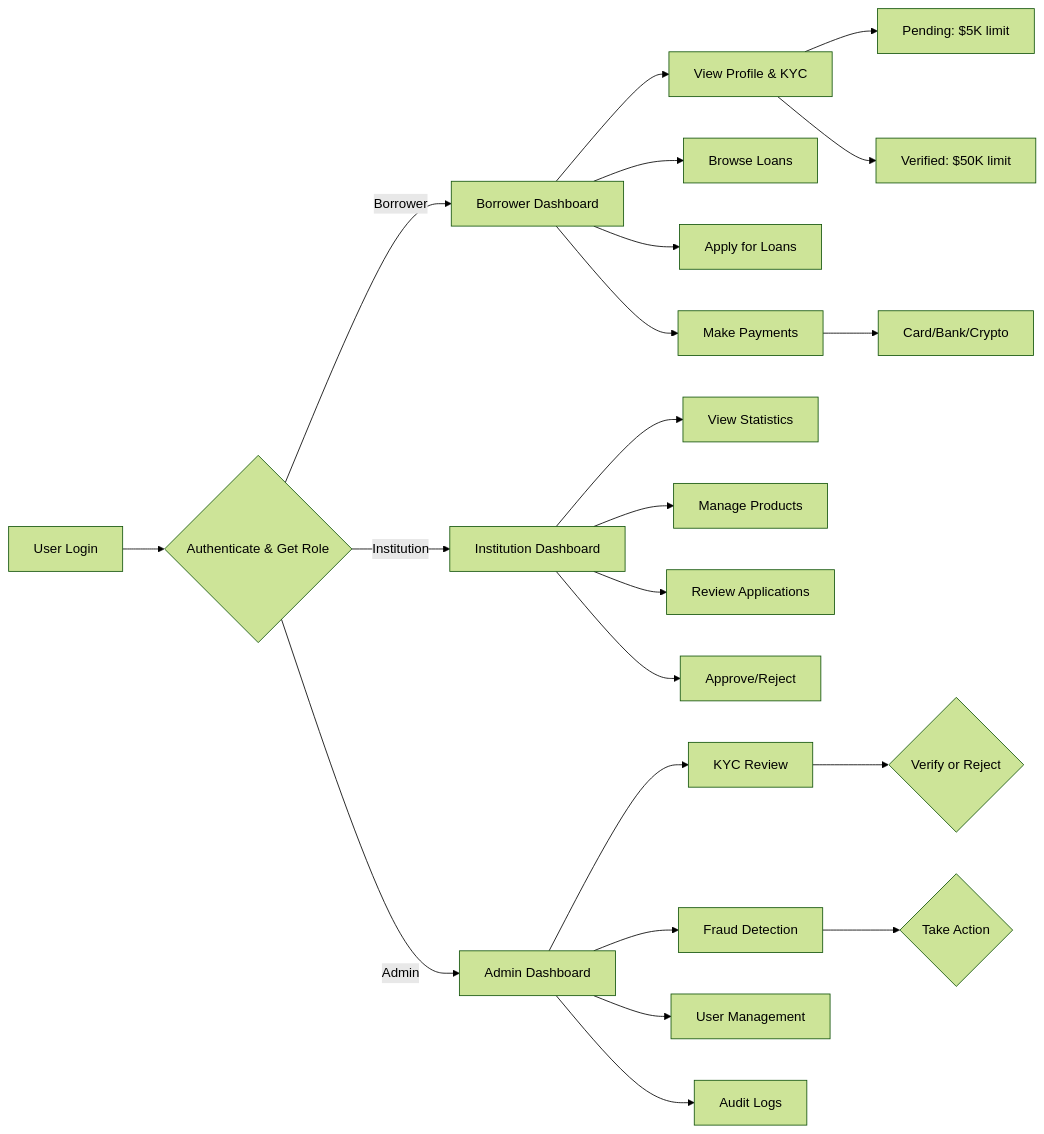
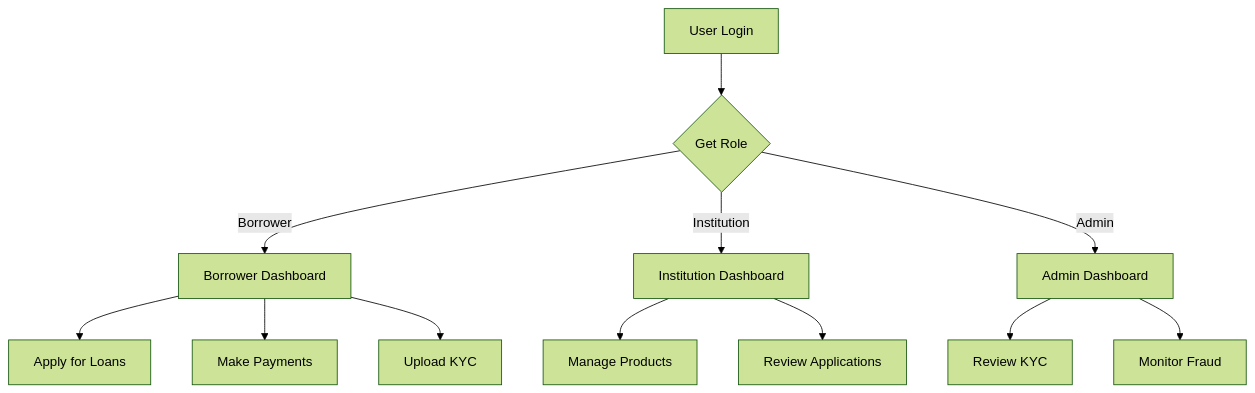
One commit to mosesmrima/v0-microfinance-web-app changed the fourth of 6 diagrams in README.md. Above: the diagram before and after it, drawn with Mermaid (forest theme). The commit also changed other lines of this file, not shown here.

First line of the commit message:
Drastically simplify 3 remaining broken diagrams for GitHub

````diff
--- a/README.md
+++ b/README.md
@@ -269,30 +209,18 @@
 ```mermaid
-flowchart LR
-    LOGIN[User Login] --> AUTH{Authenticate & Get Role}
+flowchart TD
+    LOGIN[User Login] --> AUTH{Get Role}
 
-    AUTH -->|Borrower| B_DASH[Borrower Dashboard]
-    AUTH -->|Institution| I_DASH[Institution Dashboard]
-    AUTH -->|Admin| A_DASH[Admin Dashboard]
+    AUTH -->|Borrower| B[Borrower Dashboard]
+    AUTH -->|Institution| I[Institution Dashboard]
+    AUTH -->|Admin| A[Admin Dashboard]
 
-    B_DASH --> B1[View Profile & KYC]
-    B_DASH --> B2[Browse Loans]
-    B_DASH --> B3[Apply for Loans]
-    B_DASH --> B4[Make Payments]
+    B --> B1[Apply for Loans]
+    B --> B2[Make Payments]
+    B --> B3[Upload KYC]
 
-    B1 --> B1A[Pending: $5K limit]
-    B1 --> B1B[Verified: $50K limit]
-    B4 --> B4A[Card/Bank/Crypto]
+    I --> I1[Manage Products]
+    I --> I2[Review Applications]
 
-    I_DASH --> I1[View Statistics]
-    I_DASH --> I2[Manage Products]
-    I_DASH --> I3[Review Applications]
-    I_DASH --> I4[Approve/Reject]
-
-    A_DASH --> A1[KYC Review]
-    A_DASH --> A2[Fraud Detection]
-    A_DASH --> A3[User Management]
-    A_DASH --> A4[Audit Logs]
-
-    A1 --> A1A{Verify or Reject}
-    A2 --> A2A{Take Action}
+    A --> A1[Review KYC]
+    A --> A2[Monitor Fraud]
 ```
````
